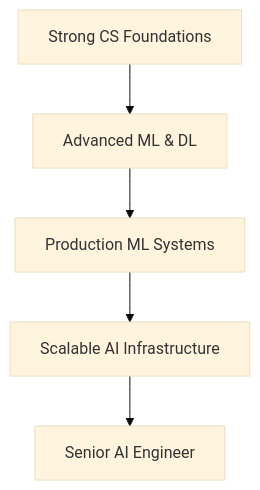
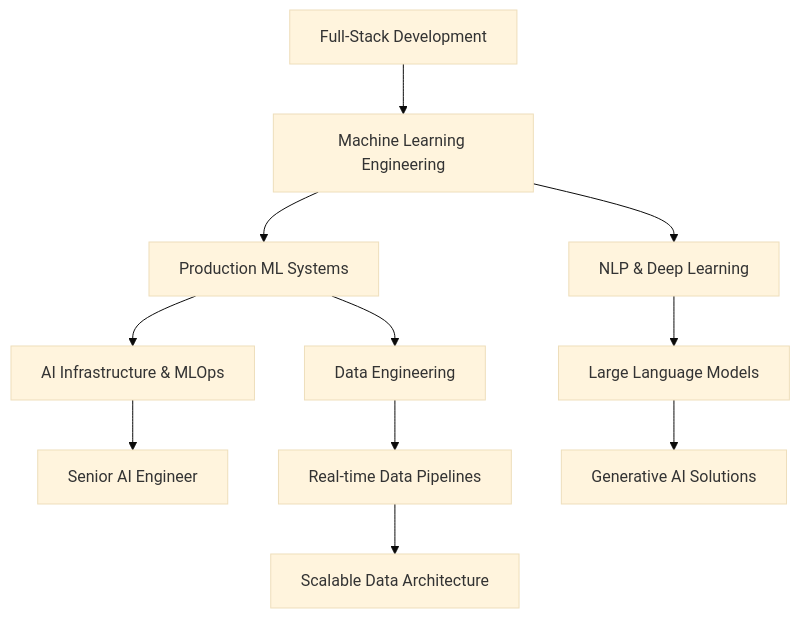
One commit to boughanmiyoussef/boughanmiyoussef changed the diagram in README.md. Above: the diagram before and after it, drawn with Mermaid (base theme). The commit also changed other lines of this file, not shown here.

`````diff
--- a/README.md
+++ b/README.md
@@ -104,7 +220,15 @@
 ```mermaid
 graph TD
-A[Strong CS Foundations] --> B[Advanced ML & DL]
-B --> C[Production ML Systems]
-C --> D[Scalable AI Infrastructure]
-D --> E[Senior AI Engineer]
-````
+    A[Full-Stack Development] --> B[Machine Learning Engineering]
+    B --> C[Production ML Systems]
+    C --> D[AI Infrastructure & MLOps]
+    D --> E[Senior AI Engineer]
+    
+    B --> F[NLP & Deep Learning]
+    F --> G[Large Language Models]
+    G --> H[Generative AI Solutions]
+    
+    C --> I[Data Engineering]
+    I --> J[Real-time Data Pipelines]
+    J --> K[Scalable Data Architecture]
+```
`````
